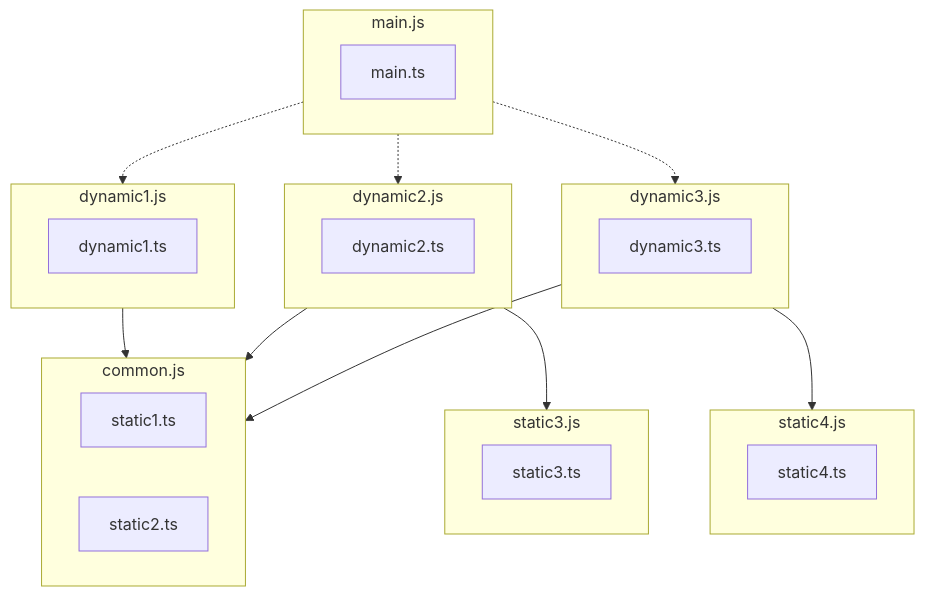
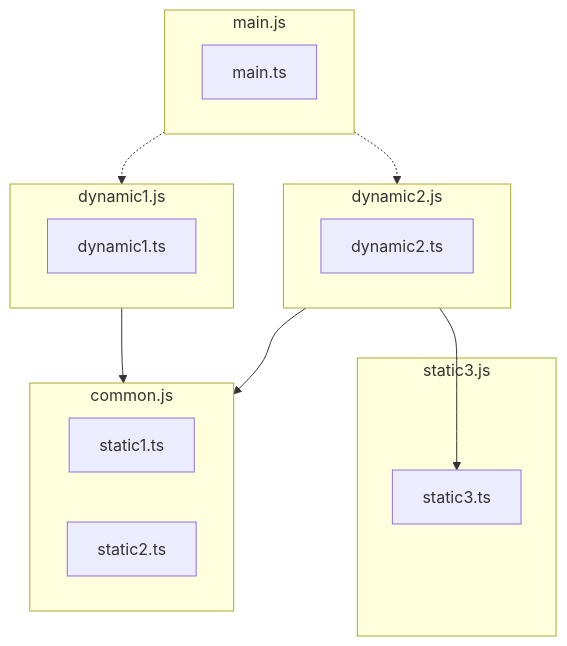
One commit to push-based/ngx-build changed the fourth of 5 diagrams in problem-statements.md. Above: the diagram before and after it, drawn with Mermaid. The commit also changed other lines of this file and 1 other file, not shown here.

````diff
--- a/problem-statements.md
+++ b/problem-statements.md
@@ -272,49 +191,33 @@
 ```mermaid
 graph TD
     main.ts
     dynamic1.ts
     dynamic2.ts
-    dynamic3.ts
     static1.ts
     static2.ts
     static3.ts
-    static4.ts
 
     subgraph main.js
         main.ts
     end
     subgraph dynamic1.js
         dynamic1.ts
     end
     subgraph dynamic2.js
         dynamic2.ts
     end
-    subgraph dynamic3.js
-        dynamic3.ts
-        
-    end
     subgraph static3.js
         static3.ts
     end
-    subgraph static4.js
-        static4.ts
-    end
-    
     subgraph common.js
         static1.ts
         static2.ts
-        static3.ts
     end
 
     main.js -.-> dynamic1.js
     main.js -.-> dynamic2.js
-    main.js -.-> dynamic3.js
 
     dynamic1.js --> common.js
-
     dynamic2.js --> common.js
-    dynamic2.js --> static3.js
-
-    dynamic3.js --> common.js
-    dynamic3.js --> static4.js
+    dynamic2.js --> static3.ts
 ```
````
